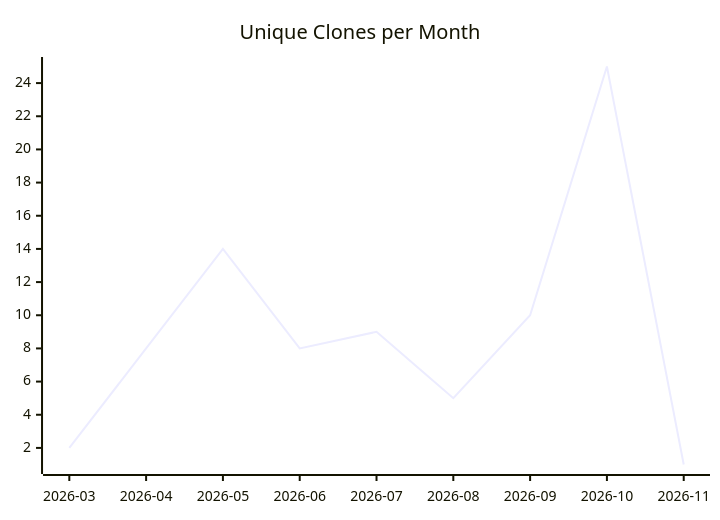
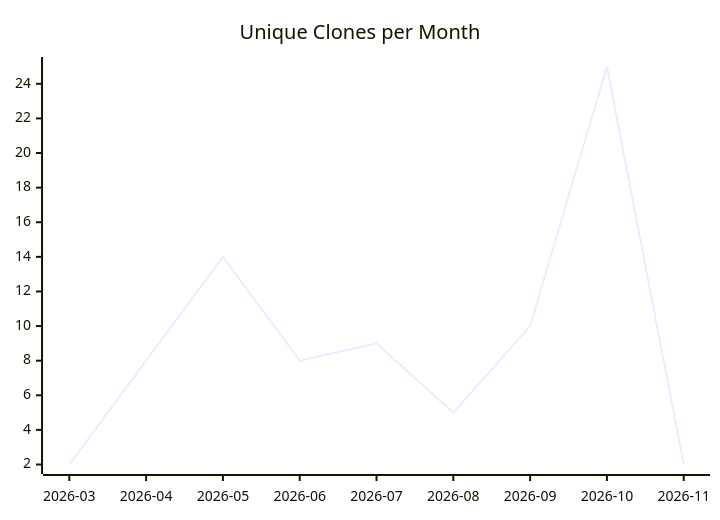
The third of 3 diagrams in karlmdavis/kobjects/README.md (justdavis-family/github-analytics-data), drawn with Mermaid before and after one commit. The commit also changed other lines of this file and 193 other files, not shown here.

````diff
--- a/karlmdavis/kobjects/README.md
+++ b/karlmdavis/kobjects/README.md
@@ -19,6 +19,6 @@
 ```mermaid
 xychart-beta
   title "Unique Clones per Month"
   x-axis ["2026-03", "2026-04", "2026-05", "2026-06", "2026-07", "2026-08", "2026-09", "2026-10", "2026-11"]
-  line [2, 8, 14, 8, 9, 5, 10, 25, 1]
+  line [2, 8, 14, 8, 9, 5, 10, 25, 2]
 ```
````
